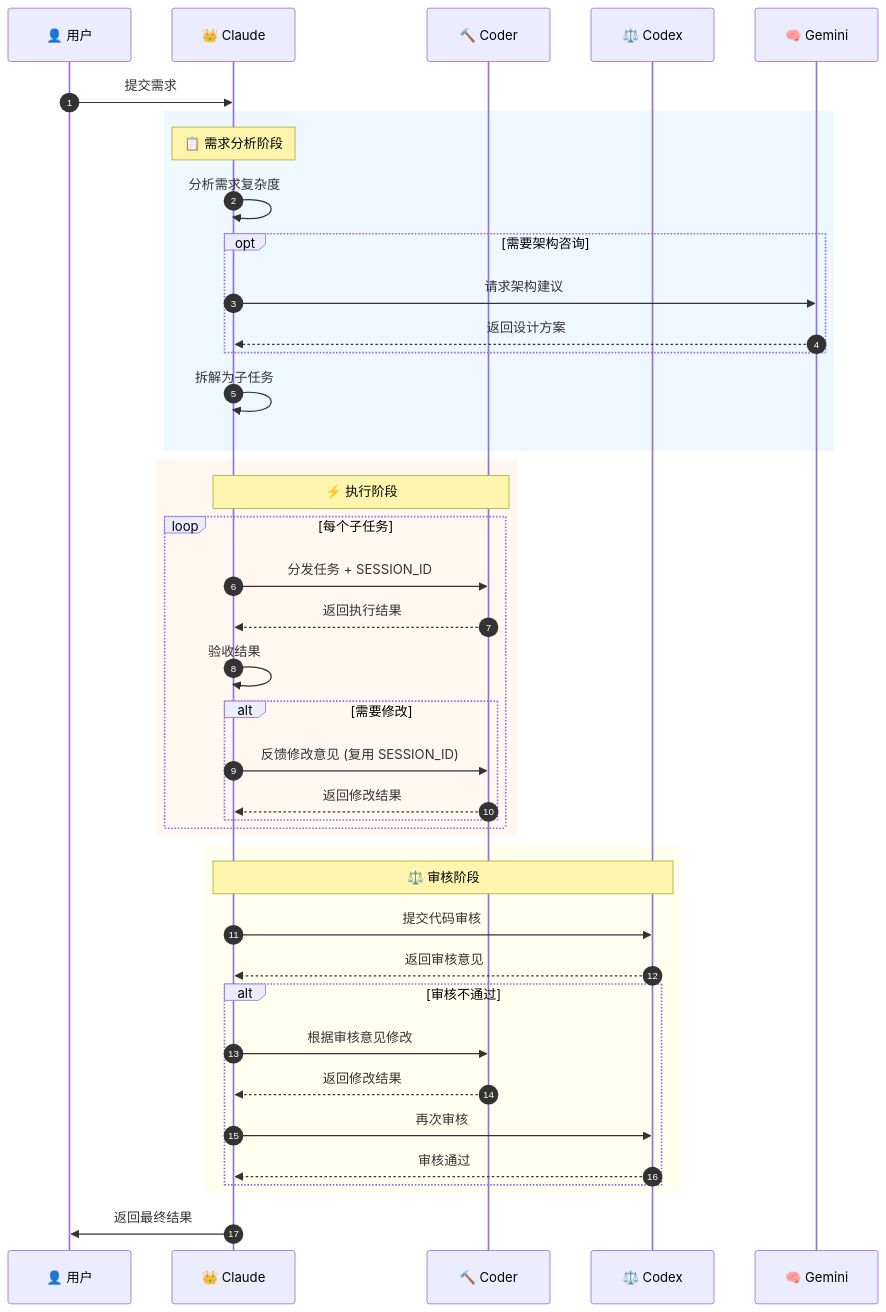
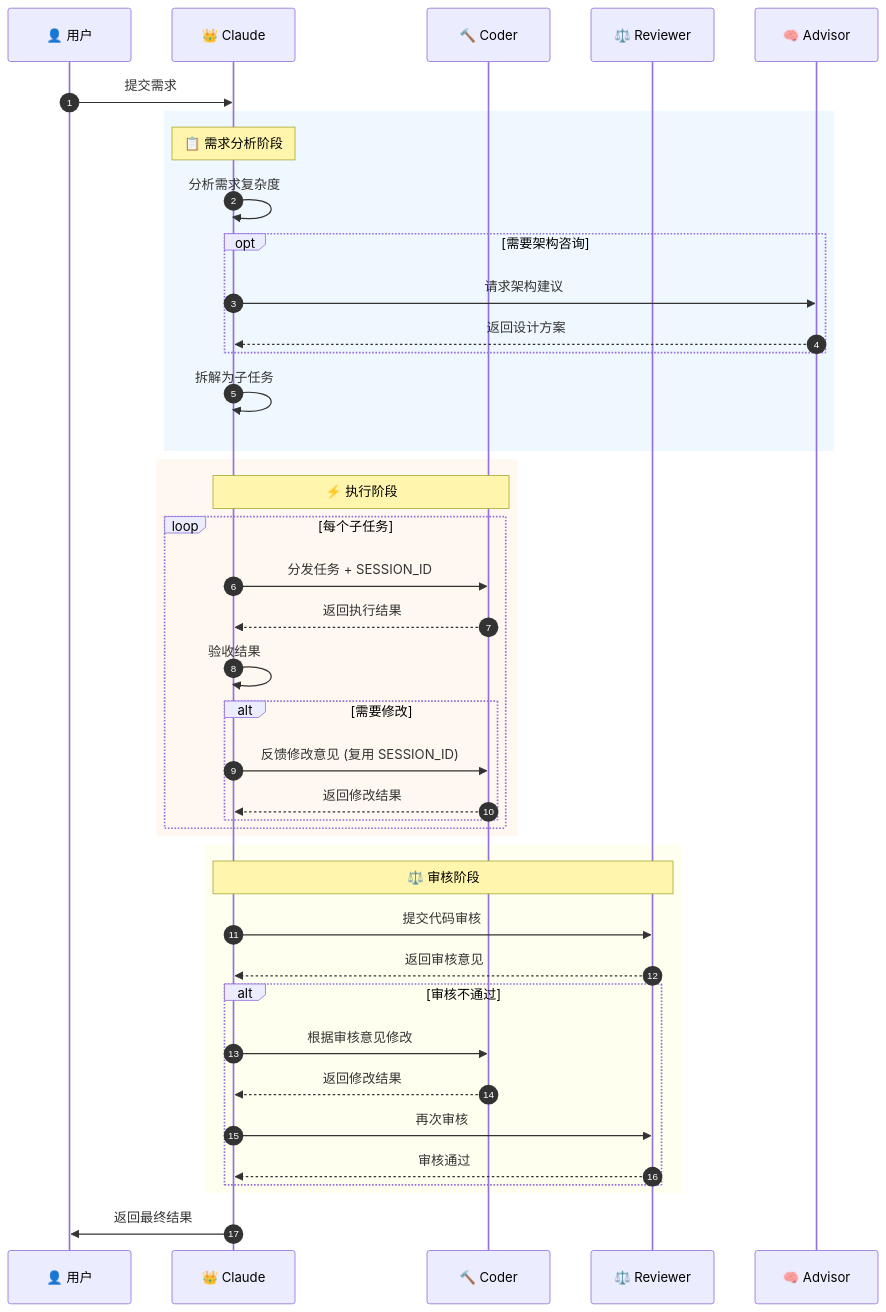
The second of 2 diagrams in README.md (Lynricsy/Oh-My-ClaudeCode), drawn with Mermaid before and after one commit. The commit also changed other lines of this file and 22 other files, not shown here.

First line of the commit message:
:recycle: refactor: (omcc) 重大重构 - Codex→Reviewer, Gemini→Advisor, 迁移到 OpenCode CLI

````diff
--- a/README.md
+++ b/README.md
@@ -100,48 +100,48 @@
 ```mermaid
 sequenceDiagram
     autonumber
     participant U as 👤 用户
     participant C as 👑 Claude
     participant Co as 🔨 Coder
-    participant Cx as ⚖️ Codex
-    participant G as 🧠 Gemini
+    participant Cx as ⚖️ Reviewer
+    participant G as 🧠 Advisor
 
     U->>C: 提交需求
 
     rect rgb(240, 248, 255)
         Note over C: 📋 需求分析阶段
         C->>C: 分析需求复杂度
         opt 需要架构咨询
             C->>G: 请求架构建议
             G-->>C: 返回设计方案
         end
         C->>C: 拆解为子任务
     end
 
     rect rgb(255, 248, 240)
         Note over C,Co: ⚡ 执行阶段
         loop 每个子任务
             C->>Co: 分发任务 + SESSION_ID
             Co-->>C: 返回执行结果
             C->>C: 验收结果
             alt 需要修改
                 C->>Co: 反馈修改意见 (复用 SESSION_ID)
                 Co-->>C: 返回修改结果
             end
         end
     end
 
     rect rgb(255, 255, 240)
         Note over C,Cx: ⚖️ 审核阶段
         C->>Cx: 提交代码审核
         Cx-->>C: 返回审核意见
         alt 审核不通过
             C->>Co: 根据审核意见修改
             Co-->>C: 返回修改结果
             C->>Cx: 再次审核
             Cx-->>C: 审核通过
         end
     end
 
     C->>U: 返回最终结果
 ```
````
